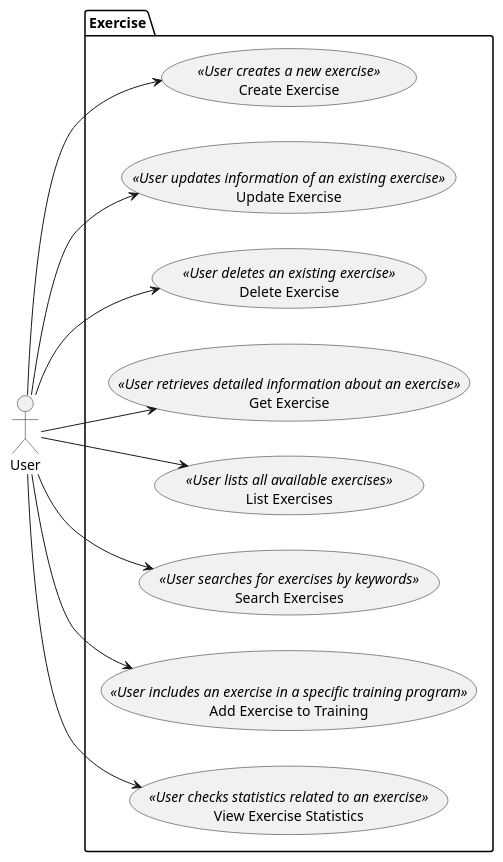
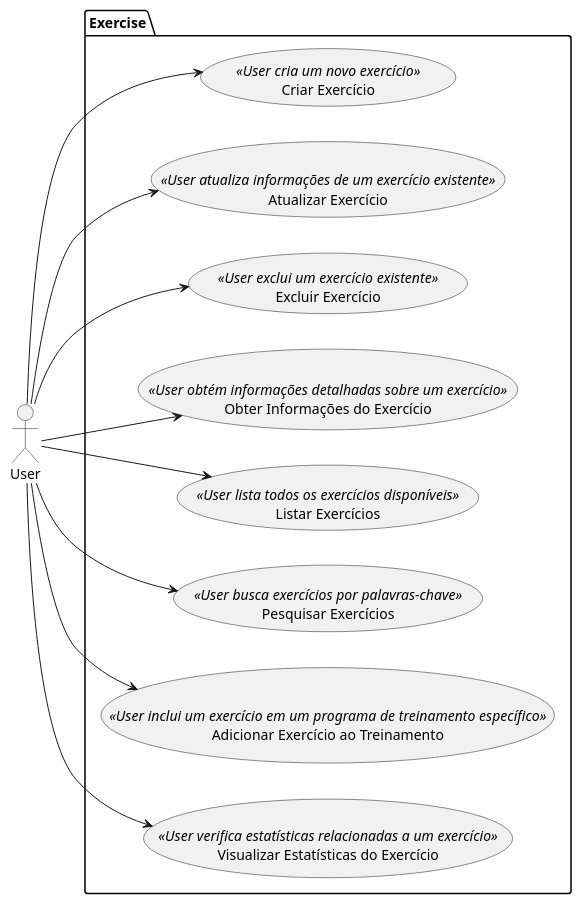
The diagram in uml/Exercise/usecases/index.wsd (LucasReisV1337/api-gym), drawn with PlantUML before and after one commit. The commit also changed 10 other files, not shown here.

```diff
--- a/uml/Exercise/usecases/index.wsd
+++ b/uml/Exercise/usecases/index.wsd
@@ -1,34 +1,34 @@
 @startuml
 left to right direction
 
 actor User as u
 
 package "Exercise" {
-  usecase "Create Exercise" as UC1 <<User creates a new exercise>>
+  usecase "Criar Exercício" as UC1 <<User cria um novo exercício>>
 
-  usecase "Update Exercise" as UC2 <<User updates information of an existing exercise>>
+  usecase "Atualizar Exercício" as UC2 <<User atualiza informações de um exercício existente>>
 
-  usecase "Delete Exercise" as UC3 <<User deletes an existing exercise>>
+  usecase "Excluir Exercício" as UC3 <<User exclui um exercício existente>>
 
-  usecase "Get Exercise" as UC4 <<User retrieves detailed information about an exercise>>
+  usecase "Obter Informações do Exercício" as UC4 <<User obtém informações detalhadas sobre um exercício>>
 
-  usecase "List Exercises" as UC5 <<User lists all available exercises>>
+  usecase "Listar Exercícios" as UC5 <<User lista todos os exercícios disponíveis>>
 
-  usecase "Search Exercises" as UC6 <<User searches for exercises by keywords>>
+  usecase "Pesquisar Exercícios" as UC6 <<User busca exercícios por palavras-chave>>
 
-  usecase "Add Exercise to Training" as UC7 <<User includes an exercise in a specific training program>>
+  usecase "Adicionar Exercício ao Treinamento" as UC7 <<User inclui um exercício em um programa de treinamento específico>>
 
-  usecase "View Exercise Statistics" as UC8 <<User checks statistics related to an exercise>>
+  usecase "Visualizar Estatísticas do Exercício" as UC8 <<User verifica estatísticas relacionadas a um exercício>>
 
 }
 
 u --> UC1
 u --> UC2
 u --> UC3
 u --> UC4
 u --> UC5
 u --> UC6
 u --> UC7
 u --> UC8
 
 @enduml
```
